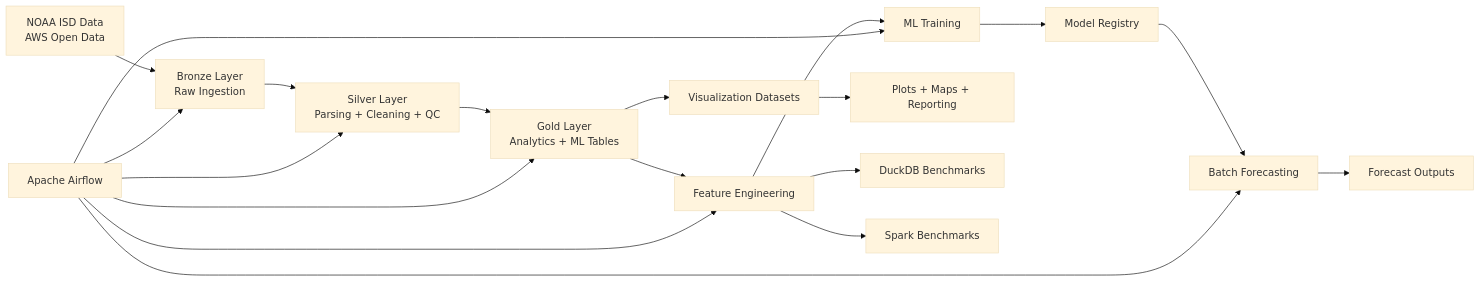
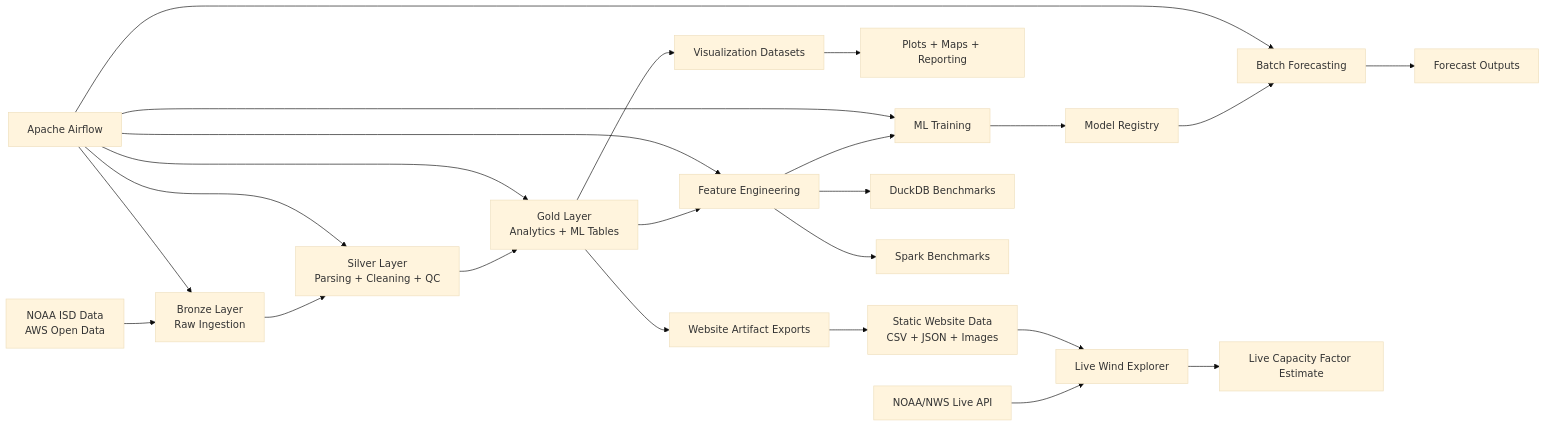
One commit to ibrahimhamza01/renewable-energy-forecasting-pipeline changed the diagram in README.md. Above: the diagram before and after it, drawn with Mermaid (base theme). The commit also changed other lines of this file, not shown here.

`````diff
--- a/README.md
+++ b/README.md
@@ -48,26 +53,33 @@
 ```mermaid
 flowchart LR
 
 A["NOAA ISD Data<br/>AWS Open Data"] --> B["Bronze Layer<br/>Raw Ingestion"]
 B --> C["Silver Layer<br/>Parsing + Cleaning + QC"]
 C --> D["Gold Layer<br/>Analytics + ML Tables"]
 
 D --> E["Feature Engineering"]
 E --> F["ML Training"]
 F --> G["Model Registry"]
 G --> H["Batch Forecasting"]
 H --> I["Forecast Outputs"]
 
 D --> J["Visualization Datasets"]
 J --> K["Plots + Maps + Reporting"]
 
+D --> W1["Website Artifact Exports"]
+W1 --> W2["Static Website Data<br/>CSV + JSON + Images"]
+
 E --> L["DuckDB Benchmarks"]
 E --> M["Spark Benchmarks"]
 
 N["Apache Airflow"] --> B
 N --> C
 N --> D
 N --> E
 N --> F
 N --> H
-```
+
+P["NOAA/NWS Live API"] --> Q["Live Wind Explorer"]
+W2 --> Q
+Q --> R["Live Capacity Factor Estimate"]
+````
`````
